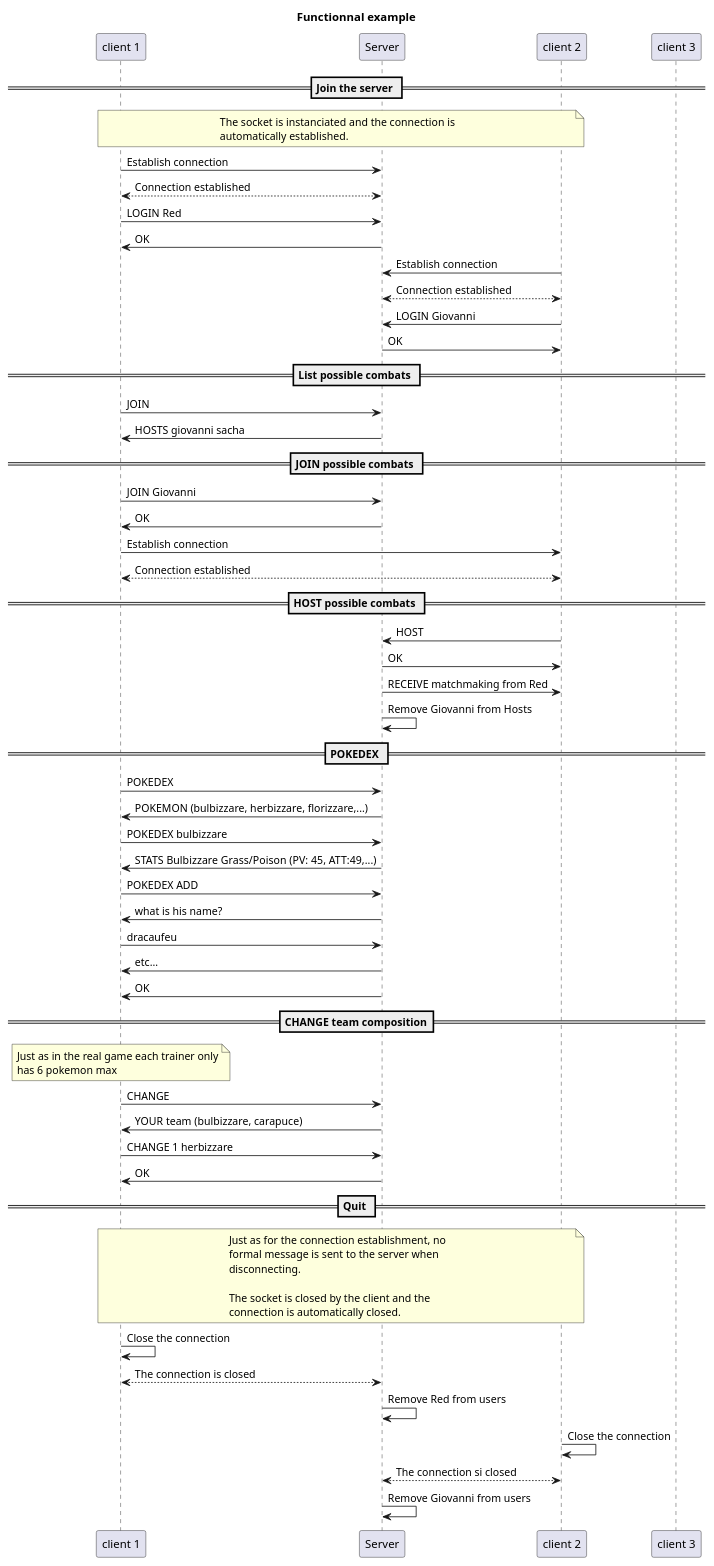
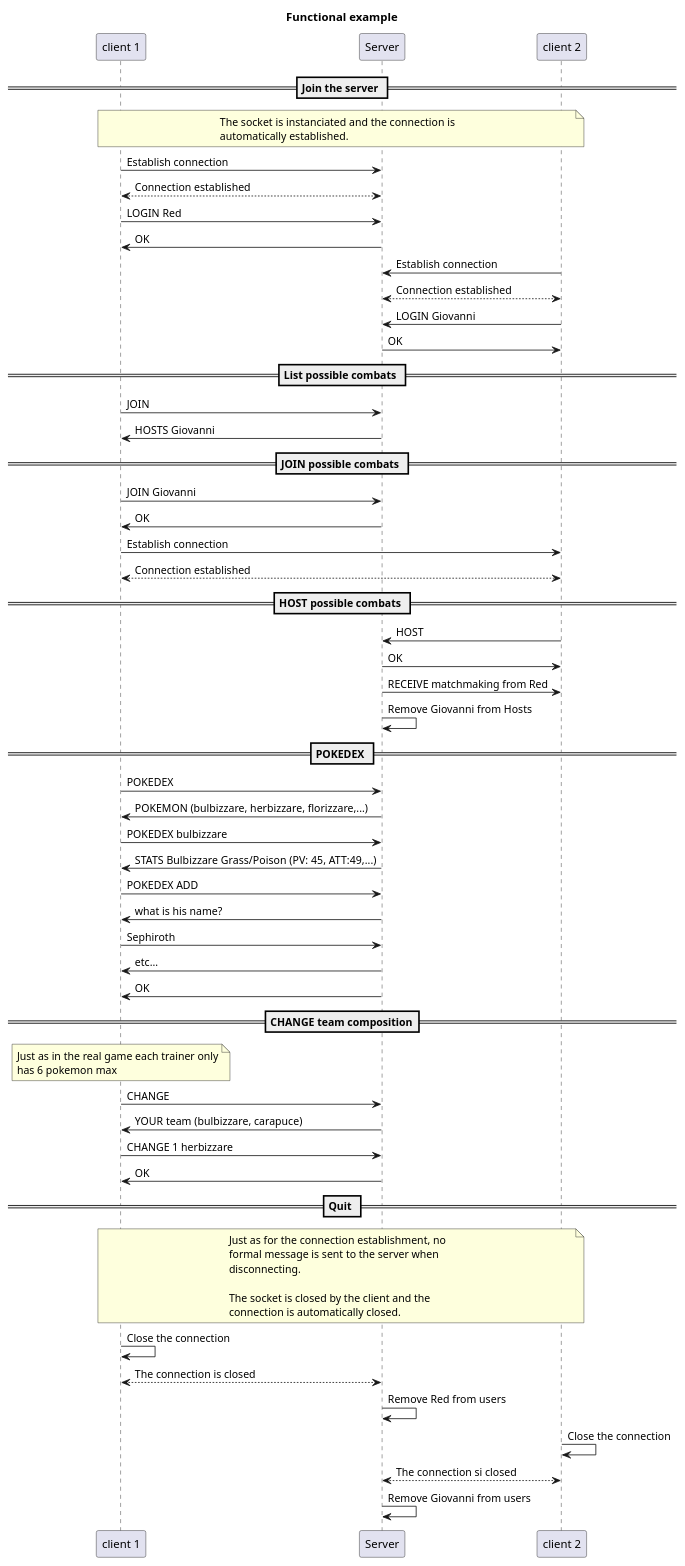
Before and after one commit to Dansnts/DAI-Labo02: the diagram in PocketMonster/Protocole/functionnal-example.plantuml, drawn with PlantUML. The commit also changed 13 other files, not shown here.

```diff
--- a/PocketMonster/Protocole/functionnal-example.plantuml
+++ b/PocketMonster/Protocole/functionnal-example.plantuml
@@ -1,92 +1,91 @@
 @startuml functional-example
 
-title "Functionnal example"
+title "Functional example"
 
 participant "client 1" as c1
 participant "Server" as s
-participant "client 2" as giovanni
-participant "client 3" as sacha
+participant "client 2" as Giovanni
 
 == Join the server ==
 
-note over c1,giovanni
+note over c1,Giovanni
 The socket is instanciated and the connection is
 automatically established.
 end note
 
 c1->s : Establish connection
 c1<-->s : Connection established
 
 c1->s: LOGIN Red
 s->c1: OK
 
-giovanni->s: Establish connection
-s<-->giovanni: Connection established
+Giovanni->s: Establish connection
+s<-->Giovanni: Connection established
 
-giovanni->s: LOGIN Giovanni
-s->giovanni: OK
+Giovanni->s: LOGIN Giovanni
+s->Giovanni: OK
 
 == List possible combats ==
 
 c1->s: JOIN
-s->c1: HOSTS giovanni sacha
+s->c1: HOSTS Giovanni 
 
 == JOIN possible combats ==
 
 c1->s: JOIN Giovanni
 s->c1: OK
 
-c1->giovanni: Establish connection
-c1<-->giovanni: Connection established
+c1->Giovanni: Establish connection
+c1<-->Giovanni: Connection established
 
 == HOST possible combats ==
 
-giovanni->s: HOST
-s->giovanni: OK
-s->giovanni: RECEIVE matchmaking from Red
+Giovanni->s: HOST
+s->Giovanni: OK
+s->Giovanni: RECEIVE matchmaking from Red
 s->s: Remove Giovanni from Hosts
 
 == POKEDEX ==
 
 c1->s: POKEDEX
 s->c1: POKEMON (bulbizzare, herbizzare, florizzare,...)
 c1->s: POKEDEX bulbizzare
 s->c1: STATS Bulbizzare Grass/Poison (PV: 45, ATT:49,...)
 
 c1->s: POKEDEX ADD
 s->c1: what is his name?
-c1->s: dracaufeu
+c1->s: Sephiroth
 s->c1: etc...
 s->c1: OK
 
 == CHANGE team composition==
 note over c1
 Just as in the real game each trainer only
 has 6 pokemon max
 end note
 
 c1->s: CHANGE
 s->c1: YOUR team (bulbizzare, carapuce)
 c1->s: CHANGE 1 herbizzare
 s->c1: OK
 
 == Quit ==
 
-note over c1,giovanni
+note over c1,Giovanni
 Just as for the connection establishment, no
 formal message is sent to the server when
 disconnecting.
 
 The socket is closed by the client and the
 connection is automatically closed.
 end note
 
 c1->c1: Close the connection
 c1<-->s: The connection is closed
 s->s: Remove Red from users
 
-giovanni->giovanni: Close the connection
-giovanni<-->s: The connection si closed
+Giovanni->Giovanni: Close the connection
+Giovanni<-->s: The connection si closed
 s->s: Remove Giovanni from users
 
 @enduml
```
